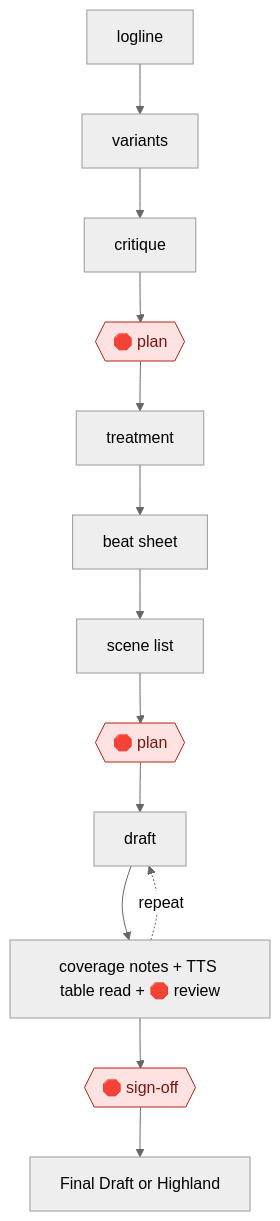
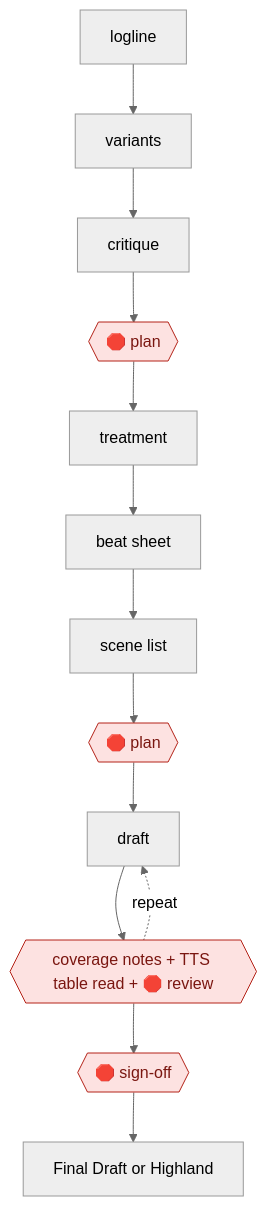
One commit to milesradford99/agent-workflow-atlas changed the diagram in workflows/CRE/WRI/SCREEN/beat-to-scene-screenplay/README.md. Above: the diagram before and after it, drawn with Mermaid (neutral theme). The commit also changed other lines of this file and 171 other files, not shown here.

````diff
--- a/workflows/CRE/WRI/SCREEN/beat-to-scene-screenplay/README.md
+++ b/workflows/CRE/WRI/SCREEN/beat-to-scene-screenplay/README.md
@@ -29,28 +29,28 @@
 ```mermaid
 flowchart TD
   n1["logline"]
   n2["variants"]
+  n3["critique"]
+  n4{{"🛑 plan"}}:::stop
+  n5["treatment"]
+  n6["beat sheet"]
+  n7["scene list"]
+  n8{{"🛑 plan"}}:::stop
+  n9["draft"]
+  n10{{"coverage notes + TTS table read + 🛑 review"}}:::stop
+  n11{{"🛑 sign-off"}}:::stop
+  n12["Final Draft or Highland"]
   n1 --> n2
-  n3["critique"]
   n2 --> n3
-  n4{{"🛑 plan"}}:::stop
   n3 --> n4
-  n5["treatment"]
   n4 --> n5
-  n6["beat sheet"]
   n5 --> n6
-  n7["scene list"]
   n6 --> n7
-  n8{{"🛑 plan"}}:::stop
   n7 --> n8
-  n9["draft"]
   n8 --> n9
-  n10["coverage notes + TTS table read + 🛑 review"]
   n9 --> n10
   n10 -.->|repeat| n9
-  n11{{"🛑 sign-off"}}:::stop
   n10 --> n11
-  n12["Final Draft or Highland"]
   n11 --> n12
   classDef stop fill:#fde2e1,stroke:#b42318,color:#7a1610
 ```
````
